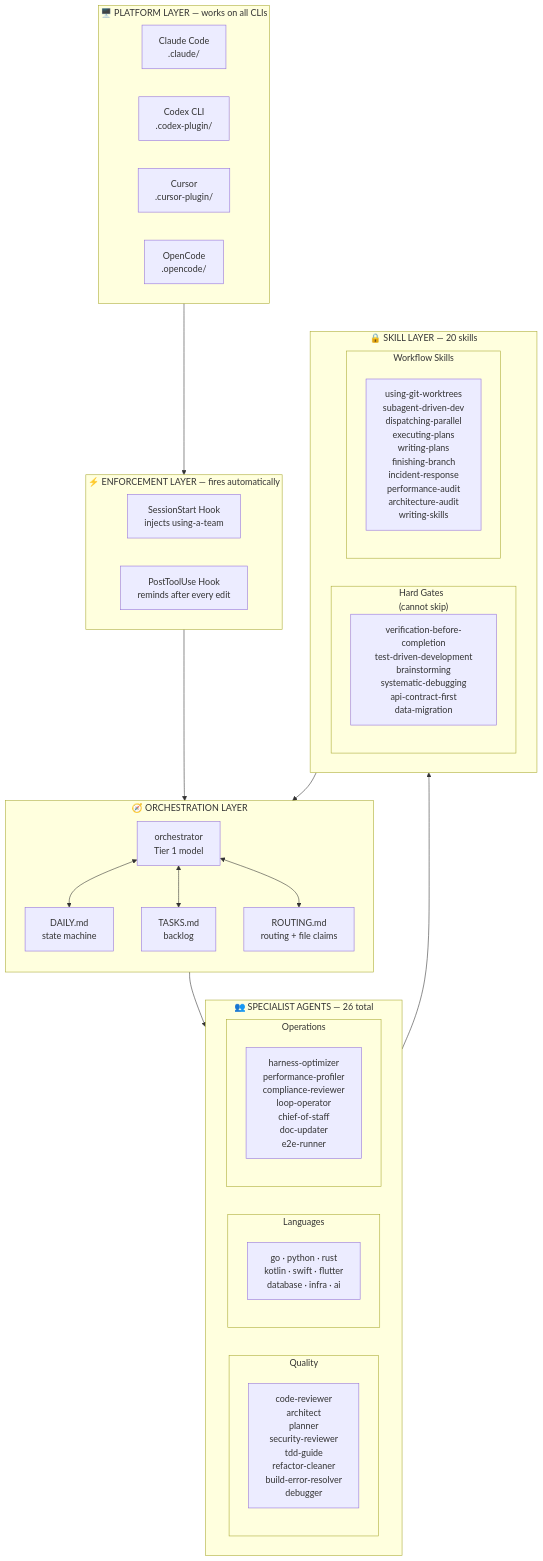
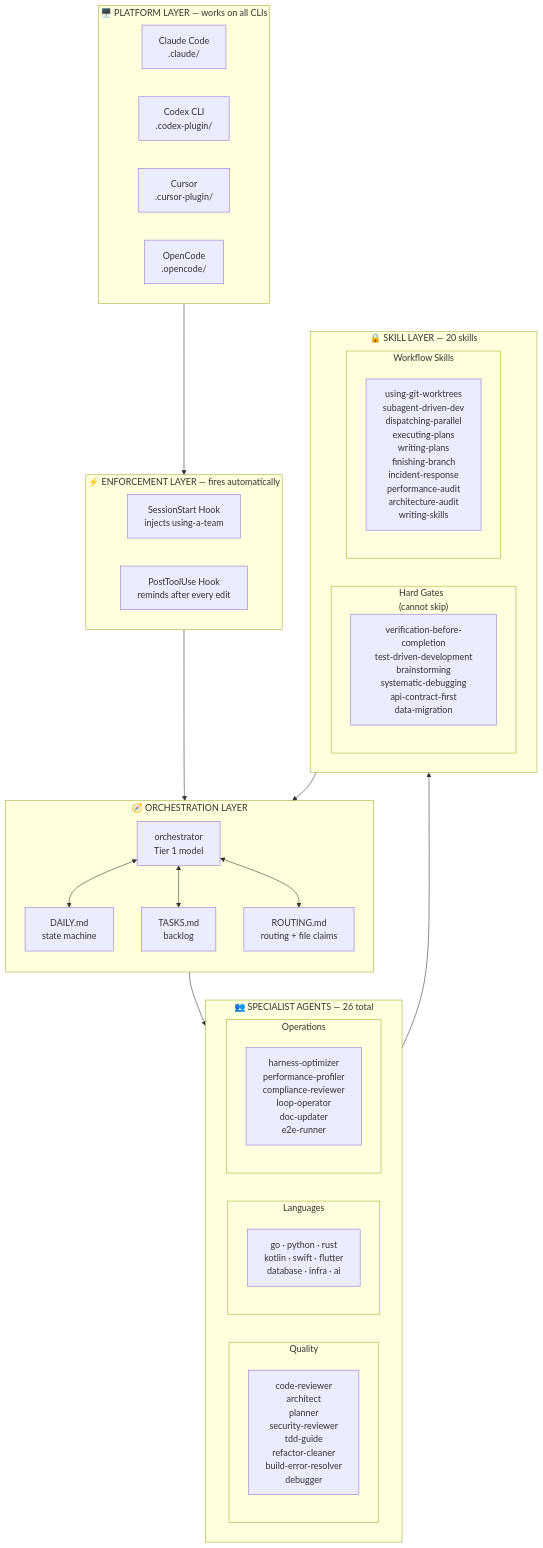
Before and after one commit to gmtestandreview/portalsample: the first of 4 diagrams in .claude/docs/overview.md, drawn with Mermaid. The commit also changed other lines of this file and 5 other files, not shown here.

````diff
--- a/.claude/docs/overview.md
+++ b/.claude/docs/overview.md
@@ -26,59 +26,59 @@
 ```mermaid
 graph TB
     subgraph P["🖥️  PLATFORM LAYER — works on all CLIs"]
         direction LR
         CC["Claude Code\n.claude/"]
         CX["Codex CLI\n.codex-plugin/"]
         CU["Cursor\n.cursor-plugin/"]
         OC["OpenCode\n.opencode/"]
     end
 
     subgraph E["⚡  ENFORCEMENT LAYER — fires automatically"]
         direction LR
         SH["SessionStart Hook\ninjects using-a-team"]
         PH["PostToolUse Hook\nreminds after every edit"]
     end
 
     subgraph O["🧭  ORCHESTRATION LAYER"]
         direction TB
         ORCH["orchestrator\nTier 1 model"]
         DAILY["DAILY.md\nstate machine"]
         TASKS["TASKS.md\nbacklog"]
         ROUTING["ROUTING.md\nrouting + file claims"]
         ORCH <--> DAILY
         ORCH <--> TASKS
         ORCH <--> ROUTING
     end
 
     subgraph A["👥  SPECIALIST AGENTS — 26 total"]
         direction LR
         subgraph QUALITY["Quality"]
             QA["code-reviewer\narchitect\nplanner\nsecurity-reviewer\ntdd-guide\nrefactor-cleaner\nbuild-error-resolver\ndebugger"]
         end
         subgraph LANG["Languages"]
             LA["go · python · rust\nkotlin · swift · flutter\ndatabase · infra · ai"]
         end
         subgraph OPS["Operations"]
-            OP["harness-optimizer\nperformance-profiler\ncompliance-reviewer\nloop-operator\nchief-of-staff\ndoc-updater\ne2e-runner"]
+            OP["harness-optimizer\nperformance-profiler\ncompliance-reviewer\nloop-operator\ndoc-updater\ne2e-runner"]
         end
     end
 
     subgraph S["🔒  SKILL LAYER — 20 skills"]
         direction LR
         subgraph HARD["Hard Gates\n(cannot skip)"]
             HG["verification-before-completion\ntest-driven-development\nbrainstorming\nsystematic-debugging\napi-contract-first\ndata-migration"]
         end
         subgraph WORK["Workflow Skills"]
             WS["using-git-worktrees\nsubagent-driven-dev\ndispatching-parallel\nexecuting-plans\nwriting-plans\nfinishing-branch\nincident-response\nperformance-audit\narchitecture-audit\nwriting-skills"]
         end
     end
 
     P --> E
     E --> O
     O --> A
     A --> S
     S --> O
 
     classDef layer fill:#1e293b,color:#f1f5f9,stroke:#334155
     classDef platform fill:#0f172a,color:#94a3b8,stroke:#1e293b
 ```
````
